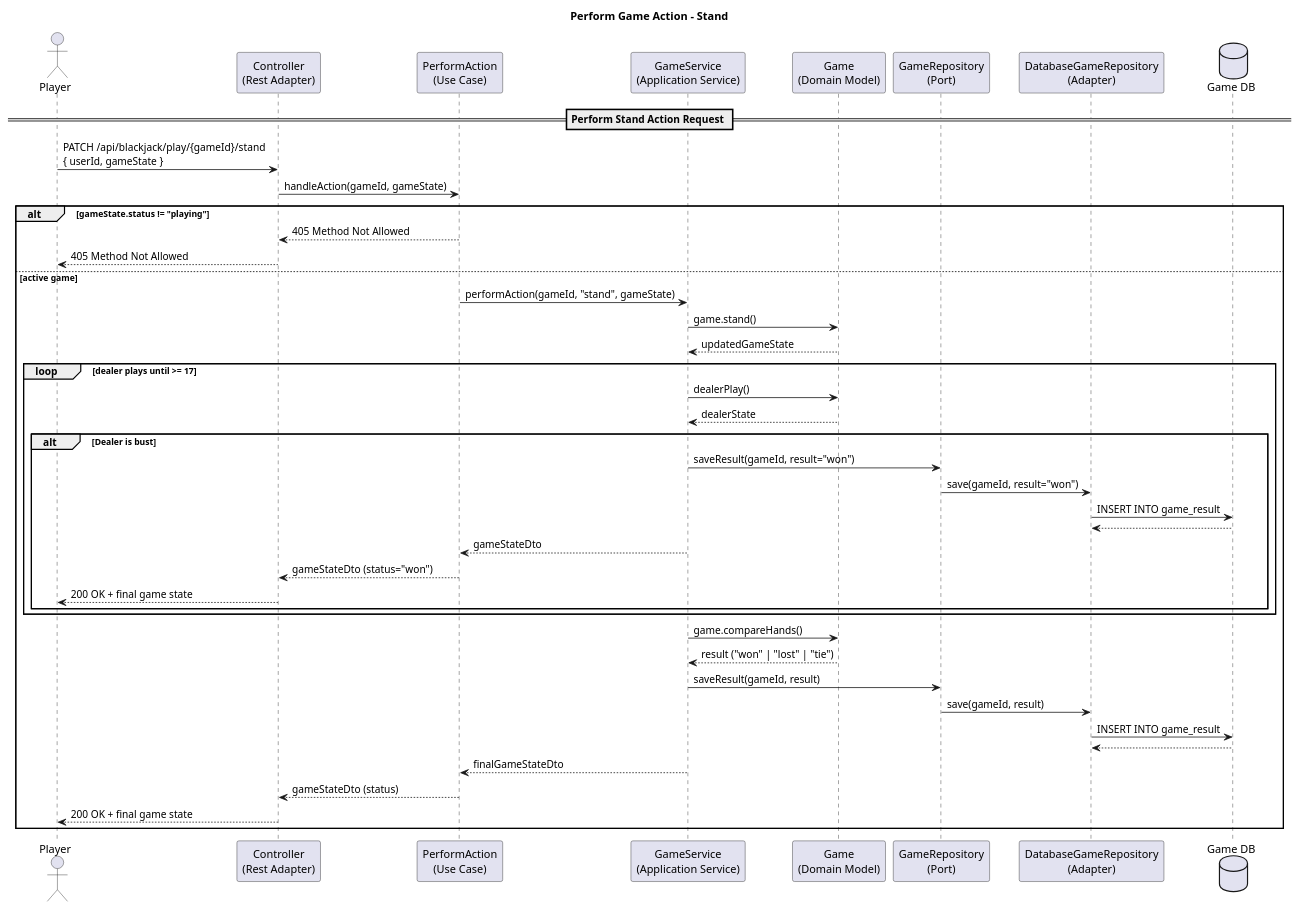
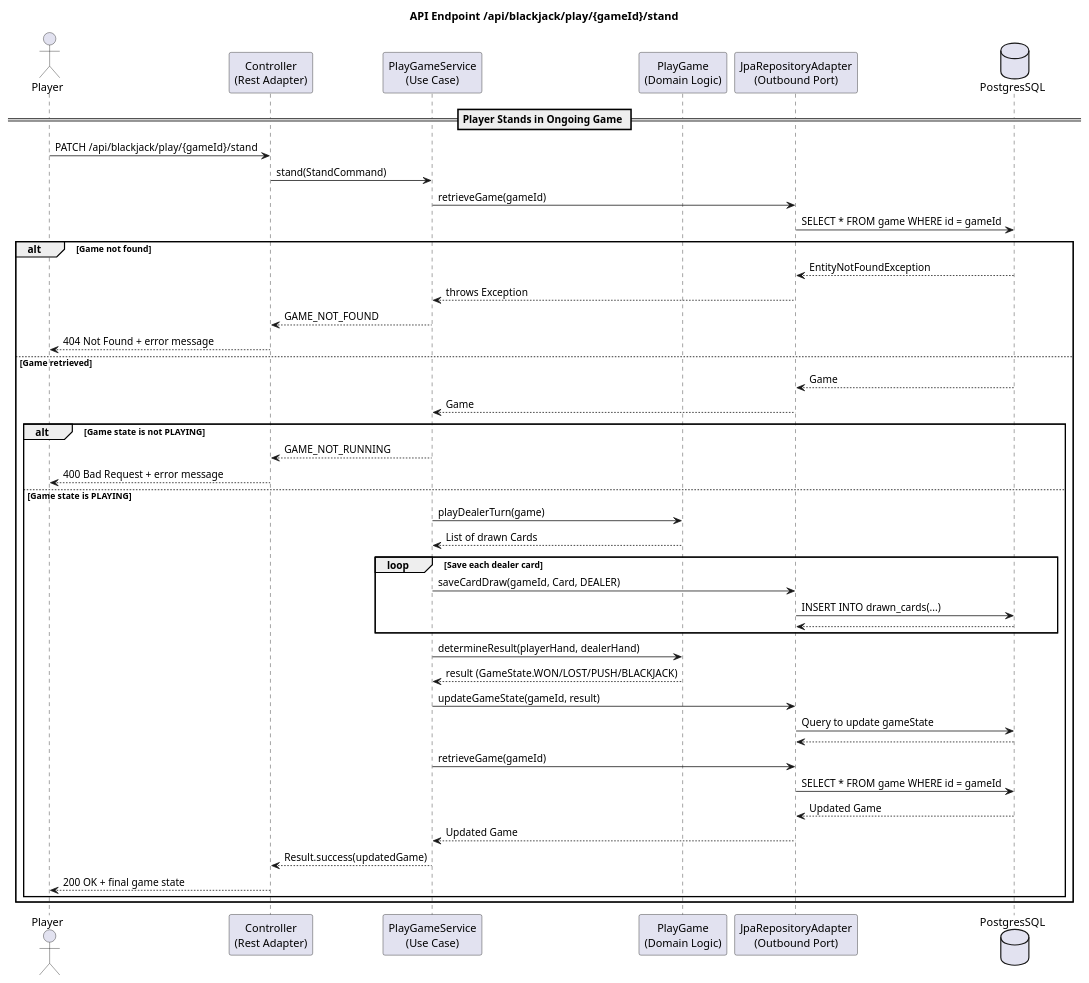
The diagram in docs/uml/sequence_diagram_play_action_stand.puml (voelkerh/Blackjack), drawn with PlantUML before and after one commit.

Commit message:
Update sequence diagrams for play
* stand endpoint

```diff
--- a/docs/uml/sequence_diagram_play_action_stand.puml
+++ b/docs/uml/sequence_diagram_play_action_stand.puml
@@ -1,58 +1,63 @@
 @startuml
-title Perform Game Action – Stand
+title API Endpoint /api/blackjack/play/{gameId}/stand
 
 actor Player
 
 participant "Controller\n(Rest Adapter)" as Controller
-participant "PerformAction\n(Use Case)" as UseCase
-participant "GameService\n(Application Service)" as Service
-participant "Game\n(Domain Model)" as Domain
-participant "GameRepository\n(Port)" as RepoPort
-participant "DatabaseGameRepository\n(Adapter)" as RepoAdapter
-database "Game DB" as DB
+participant "PlayGameService\n(Use Case)" as Service
+participant "PlayGame\n(Domain Logic)" as Domain
+participant "JpaRepositoryAdapter\n(Outbound Port)" as Adapter
+database PostgresSQL as DB
 
-== Perform Stand Action Request ==
+== Player Stands in Ongoing Game ==
 
-Player -> Controller : PATCH /api/blackjack/play/{gameId}/stand\n{ userId, gameState }
-Controller -> UseCase : handleAction(gameId, gameState)
+Player -> Controller : PATCH /api/blackjack/play/{gameId}/stand
+Controller -> Service : stand(StandCommand)
 
-alt gameState.status != "playing"
-    UseCase --> Controller : 405 Method Not Allowed
-    Controller --> Player : 405 Method Not Allowed
+Service -> Adapter : retrieveGame(gameId)
+Adapter -> DB : SELECT * FROM game WHERE id = gameId
 
-else active game
-        UseCase -> Service : performAction(gameId, "stand", gameState)
-        Service -> Domain : game.stand()
-        Domain --> Service : updatedGameState
+alt Game not found
 
-        loop dealer plays until >= 17
-        Service -> Domain : dealerPlay()
-        Domain --> Service : dealerState
+    DB --> Adapter : EntityNotFoundException
+    Adapter --> Service : throws Exception
+    Service --> Controller : GAME_NOT_FOUND
+    Controller --> Player : 404 Not Found + error message
 
-        alt Dealer is bust
-            Service -> RepoPort : saveResult(gameId, result="won")
-            RepoPort -> RepoAdapter : save(gameId, result="won")
-            RepoAdapter -> DB : INSERT INTO game_result
-            DB --> RepoAdapter
-            Service --> UseCase : gameStateDto
-            UseCase --> Controller : gameStateDto (status="won")
-            Controller --> Player : 200 OK + final game state
+else Game retrieved
+    DB --> Adapter : Game
+    Adapter --> Service : Game
+
+    alt Game state is not PLAYING
+        Service --> Controller : GAME_NOT_RUNNING
+        Controller --> Player : 400 Bad Request + error message
+
+    else Game state is PLAYING
+
+        Service -> Domain : playDealerTurn(game)
+        Domain --> Service : List of drawn Cards
+
+        loop Save each dealer card
+            Service -> Adapter : saveCardDraw(gameId, Card, DEALER)
+            Adapter -> DB : INSERT INTO drawn_cards(...)
+            DB --> Adapter
         end
 
-        end loop
+        Service -> Domain : determineResult(playerHand, dealerHand)
+        Domain --> Service : result (GameState.WON/LOST/PUSH/BLACKJACK)
 
-        Service -> Domain : game.compareHands()
-        Domain --> Service : result ("won" | "lost" | "tie")
+        Service -> Adapter : updateGameState(gameId, result)
+        Adapter -> DB : Query to update gameState
+        DB --> Adapter
 
-        Service -> RepoPort : saveResult(gameId, result)
-        RepoPort -> RepoAdapter : save(gameId, result)
-        RepoAdapter -> DB : INSERT INTO game_result
-        DB --> RepoAdapter
+        Service -> Adapter : retrieveGame(gameId)
+        Adapter -> DB : SELECT * FROM game WHERE id = gameId
+        DB --> Adapter : Updated Game
+        Adapter --> Service : Updated Game
 
-        Service --> UseCase : finalGameStateDto
-        UseCase --> Controller : gameStateDto (status)
+        Service --> Controller : Result.success(updatedGame)
         Controller --> Player : 200 OK + final game state
-
     end
 
+end
 @enduml
```
